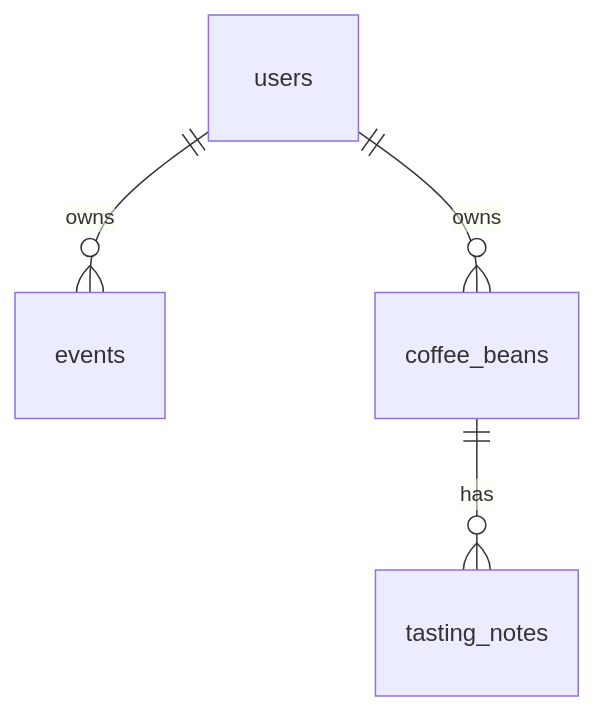
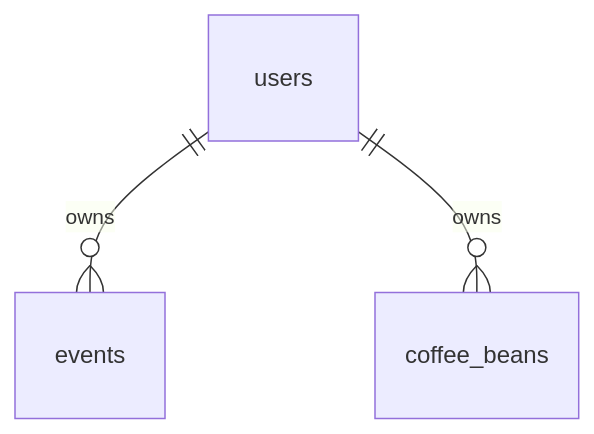
The second of 2 diagrams in README.md (yuzz87/daily-App-ios-vercel), drawn with Mermaid before and after one commit. The commit also changed other lines of this file and 45 other files, not shown here.

````diff
--- a/README.md
+++ b/README.md
@@ -183,6 +182,5 @@
 ```mermaid
 erDiagram
     users ||--o{ events : owns
     users ||--o{ coffee_beans : owns
-    coffee_beans ||--o{ tasting_notes : has
 ```
````
